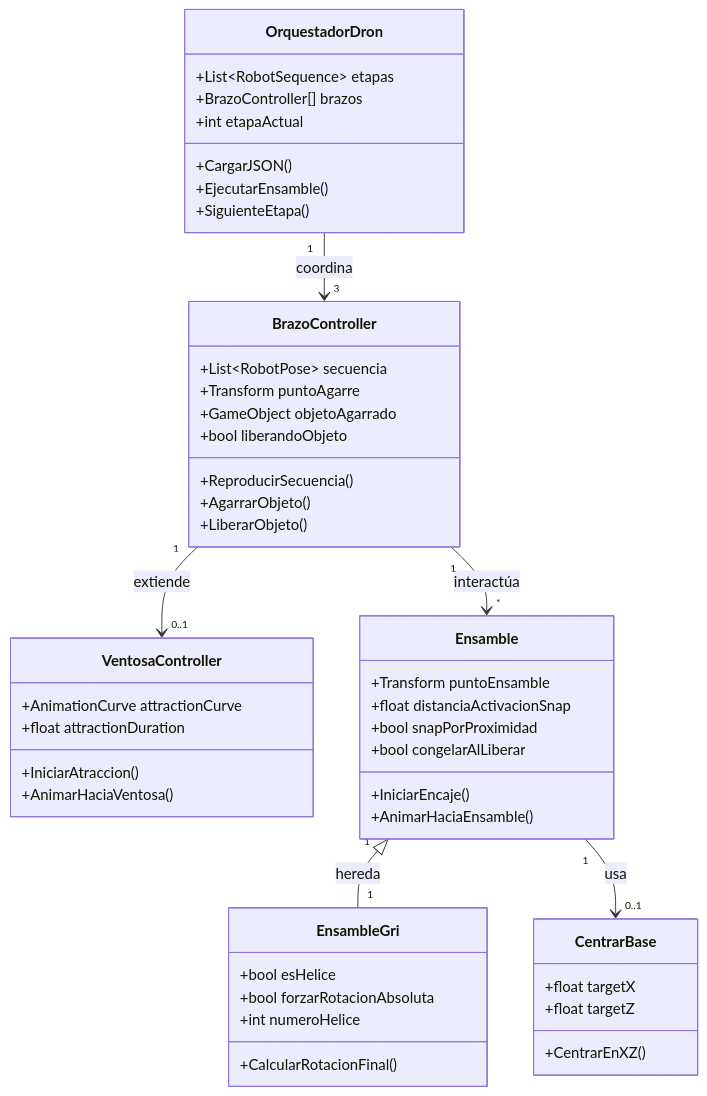
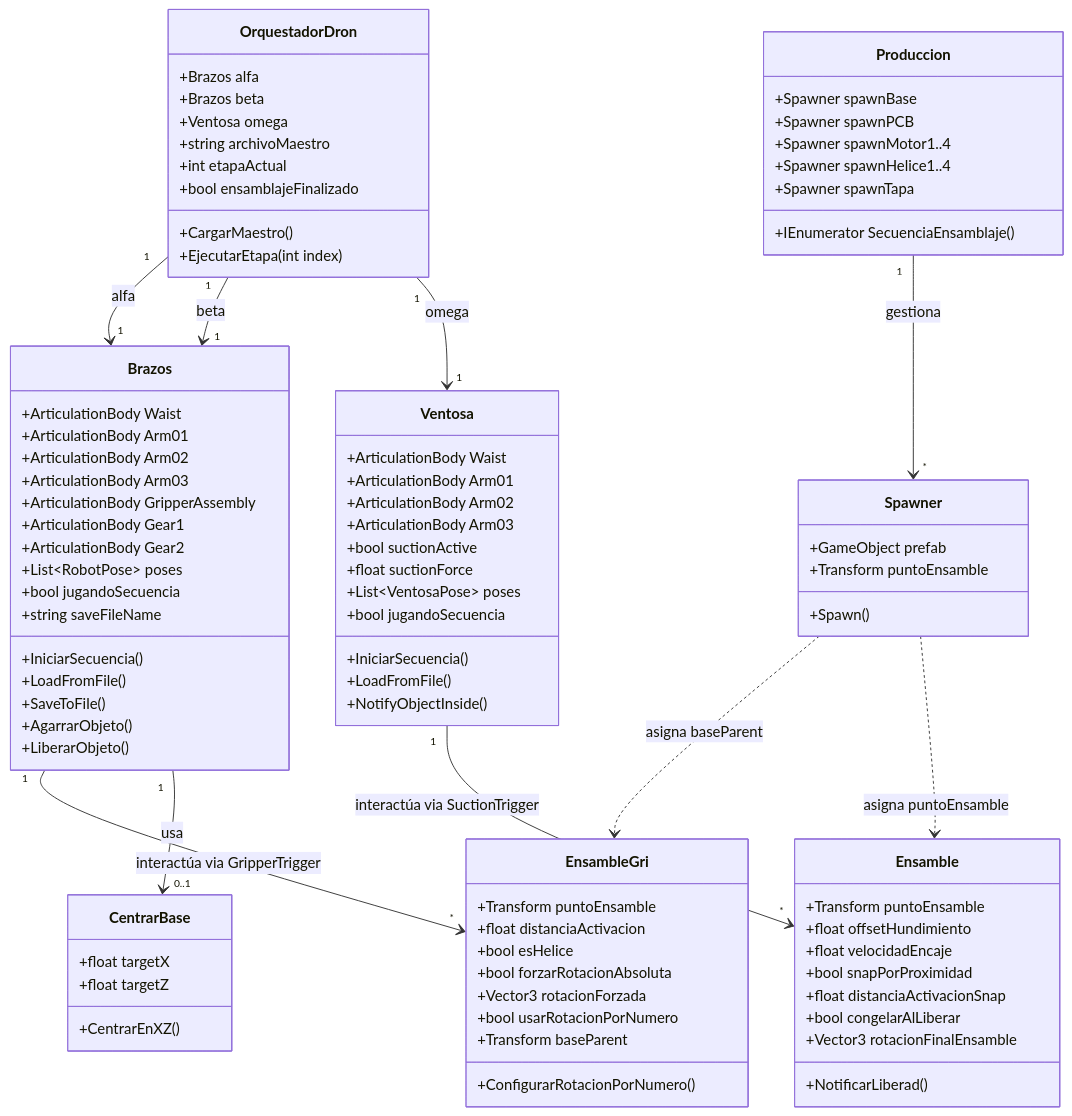
The sixth of 6 diagrams in README.md (jorgefajardom-coder/drone-packaging-simulation-unity), drawn with Mermaid before and after one commit. The commit also changed other lines of this file, not shown here.

````diff
--- a/README.md
+++ b/README.md
@@ -1058,45 +1149,83 @@
 ```mermaid
 classDiagram
     class OrquestadorDron {
-        +List~RobotSequence~ etapas
-        +BrazoController[] brazos
+        +Brazos alfa
+        +Brazos beta
+        +Ventosa omega
+        +string archivoMaestro
         +int etapaActual
-        +CargarJSON()
-        +EjecutarEnsamble()
-        +SiguienteEtapa()
+        +bool ensamblajeFinalizado
+        +CargarMaestro()
+        +EjecutarEtapa(int index)
     }
     
-    class BrazoController {
-        +List~RobotPose~ secuencia
-        +Transform puntoAgarre
-        +GameObject objetoAgarrado
-        +bool liberandoObjeto
-        +ReproducirSecuencia()
+    class Brazos {
+        +ArticulationBody Waist
+        +ArticulationBody Arm01
+        +ArticulationBody Arm02
+        +ArticulationBody Arm03
+        +ArticulationBody GripperAssembly
+        +ArticulationBody Gear1
+        +ArticulationBody Gear2
+        +List~RobotPose~ poses
+        +bool jugandoSecuencia
+        +string saveFileName
+        +IniciarSecuencia()
+        +LoadFromFile()
+        +SaveToFile()
         +AgarrarObjeto()
         +LiberarObjeto()
     }
     
-    class VentosaController {
-        +AnimationCurve attractionCurve
-        +float attractionDuration
-        +IniciarAtraccion()
-        +AnimarHaciaVentosa()
+    class Ventosa {
+        +ArticulationBody Waist
+        +ArticulationBody Arm01
+        +ArticulationBody Arm02
+        +ArticulationBody Arm03
+        +bool suctionActive
+        +float suctionForce
+        +List~VentosaPose~ poses
+        +bool jugandoSecuencia
+        +IniciarSecuencia()
+        +LoadFromFile()
+        +NotifyObjectInside()
     }
     
     class Ensamble {
         +Transform puntoEnsamble
+        +float offsetHundimiento
+        +float velocidadEncaje
+        +bool snapPorProximidad
         +float distanciaActivacionSnap
-        +bool snapPorProximidad
         +bool congelarAlLiberar
-        +IniciarEncaje()
-        +AnimarHaciaEnsamble()
+        +Vector3 rotacionFinalEnsamble
+        +NotificarLiberad()
     }
     
     class EnsambleGri {
+        +Transform puntoEnsamble
+        +float distanciaActivacion
         +bool esHelice
         +bool forzarRotacionAbsoluta
-        +int numeroHelice
-        +CalcularRotacionFinal()
+        +Vector3 rotacionForzada
+        +bool usarRotacionPorNumero
+        +Transform baseParent
+        +ConfigurarRotacionPorNumero()
+    }
+    
+    class Spawner {
+        +GameObject prefab
+        +Transform puntoEnsamble
+        +Spawn()
+    }
+    
+    class Produccion {
+        +Spawner spawnBase
+        +Spawner spawnPCB
+        +Spawner spawnMotor1..4
+        +Spawner spawnHelice1..4
+        +Spawner spawnTapa
+        +IEnumerator SecuenciaEnsamblaje()
     }
     
     class CentrarBase {
@@ -1105,9 +1234,13 @@
         +CentrarEnXZ()
     }
     
-    OrquestadorDron "1" --> "3" BrazoController : coordina
-    BrazoController "1" --> "0..1" VentosaController : extiende
-    BrazoController "1" --> "*" Ensamble : interactúa
-    Ensamble "1" <|-- "1" EnsambleGri : hereda
-    Ensamble "1" --> "0..1" CentrarBase : usa
+    OrquestadorDron "1" --> "1" Brazos : alfa
+    OrquestadorDron "1" --> "1" Brazos : beta
+    OrquestadorDron "1" --> "1" Ventosa : omega
+    Brazos "1" --> "*" EnsambleGri : interactúa via GripperTrigger
+    Ventosa "1" --> "*" Ensamble : interactúa via SuctionTrigger
+    Brazos "1" --> "0..1" CentrarBase : usa
+    Produccion "1" --> "*" Spawner : gestiona
+    Spawner ..> EnsambleGri : asigna baseParent
+    Spawner ..> Ensamble : asigna puntoEnsamble
 ```
````
